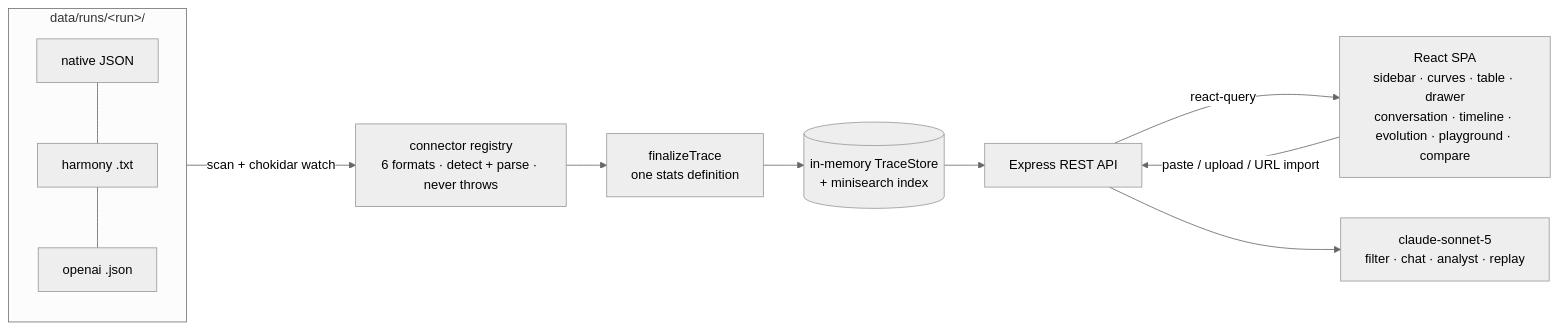
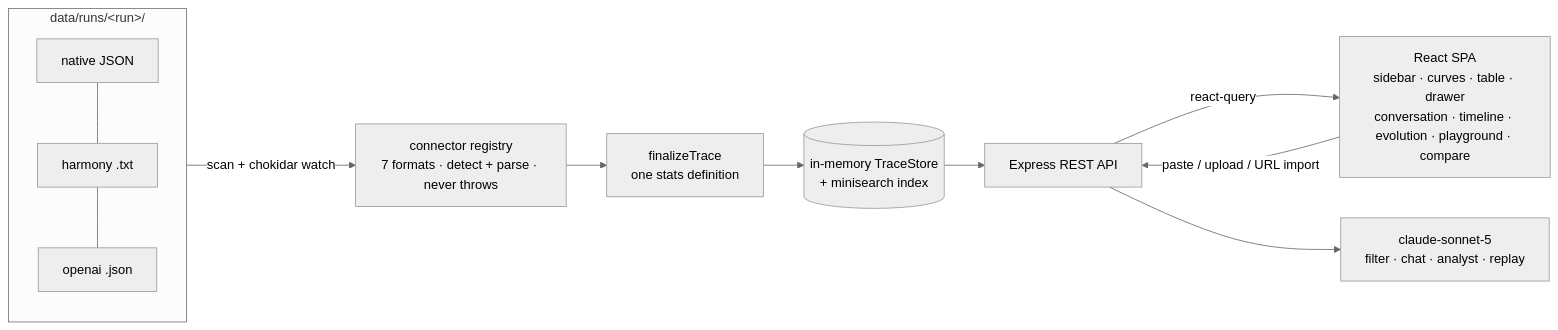
The diagram in README.md (DrustZ/trace_viewer), drawn with Mermaid (neutral theme) before and after one commit. The commit also changed other lines of this file and 140 other files, not shown here.

````diff
--- a/README.md
+++ b/README.md
@@ -147,13 +191,13 @@
 ```mermaid
 flowchart LR
   subgraph disk [data/runs/&lt;run&gt;/]
     N[native JSON] --- H[harmony .txt] --- O[openai .json]
   end
-  disk -->|scan + chokidar watch| C[connector registry\n6 formats · detect + parse · never throws]
+  disk -->|scan + chokidar watch| C[connector registry\n7 formats · detect + parse · never throws]
   C --> F[finalizeTrace\none stats definition]
   F --> S[(in-memory TraceStore\n+ minisearch index)]
   S --> API[Express REST API]
   API -->|react-query| UI[React SPA\nsidebar · curves · table · drawer\nconversation · timeline · evolution · playground · compare]
   UI -->|paste / upload / URL import| API
   API --> LLM[claude-sonnet-5\nfilter · chat · analyst · replay]
 ```
````
